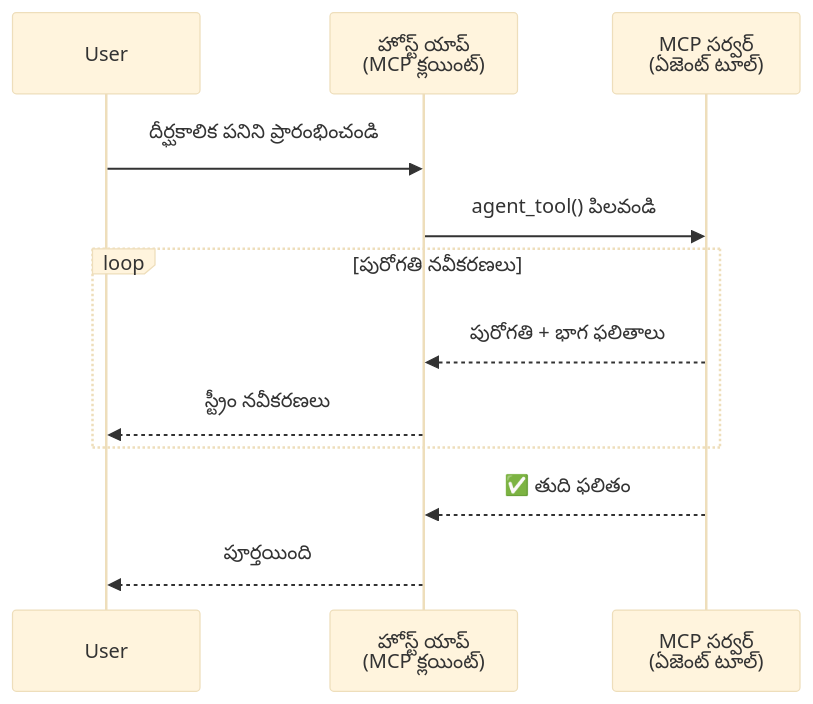
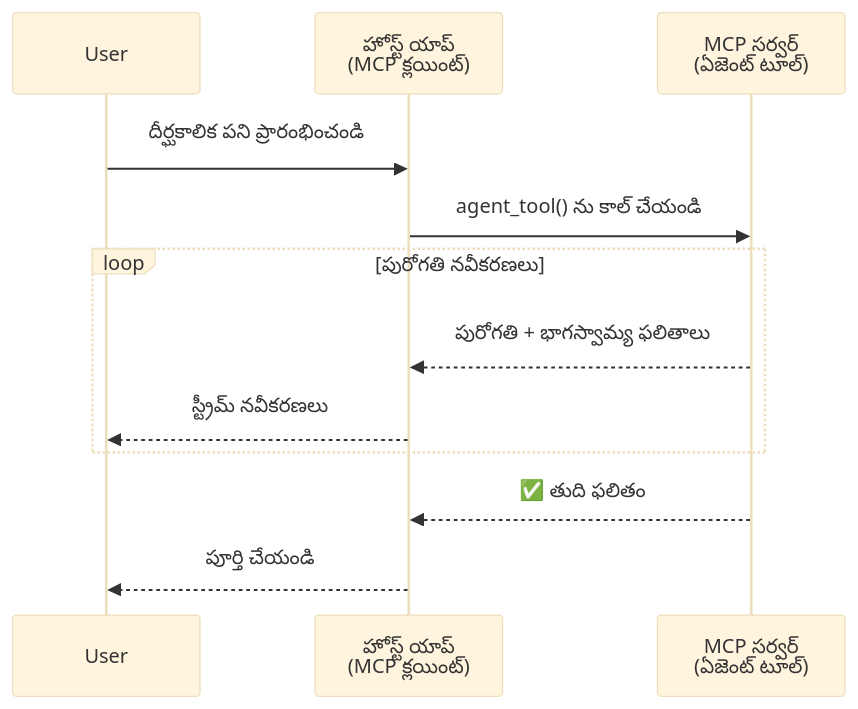
One commit to gabrielmoreira/agent-skills-mirror changed the first of 5 diagrams in mirrors/repos/microsoft@ai-agents-for-beginners/translations/te/11-agentic-protocols/code_samples/mcp-agents/README.md. Above: the diagram before and after it, drawn with Mermaid (base theme). The commit also changed other lines of this file and 4262 other files, not shown here.

````diff
--- a/mirrors/repos/microsoft@ai-agents-for-beginners/translations/te/11-agentic-protocols/code_samples/mcp-agents/README.md
+++ b/mirrors/repos/microsoft@ai-agents-for-beginners/translations/te/11-agentic-protocols/code_samples/mcp-agents/README.md
@@ -46,17 +46,17 @@
 ```mermaid
 sequenceDiagram
     participant User
     participant Host as హోస్ట్ యాప్<br/>(MCP క్లయింట్)
     participant Server as MCP సర్వర్<br/>(ఏజెంట్ టూల్)
 
-    User->>Host: దీర్ఘకాలిక పనిని ప్రారంభించండి
-    Host->>Server: agent_tool() పిలవండి
+    User->>Host: దీర్ఘకాలిక పని ప్రారంభించండి
+    Host->>Server: agent_tool() ను కాల్ చేయండి
 
     loop పురోగతి నవీకరణలు
-        Server-->>Host: పురోగతి + భాగ ఫలితాలు
-        Host-->>User: స్ట్రీం నవీకరణలు
+        Server-->>Host: పురోగతి + భాగస్వామ్య ఫలితాలు
+        Host-->>User: స్ట్రీమ్ నవీకరణలు
     end
 
     Server-->>Host: ✅ తుది ఫలితం
-    Host-->>User: పూర్తయింది
+    Host-->>User: పూర్తి చేయండి
 ```
````
